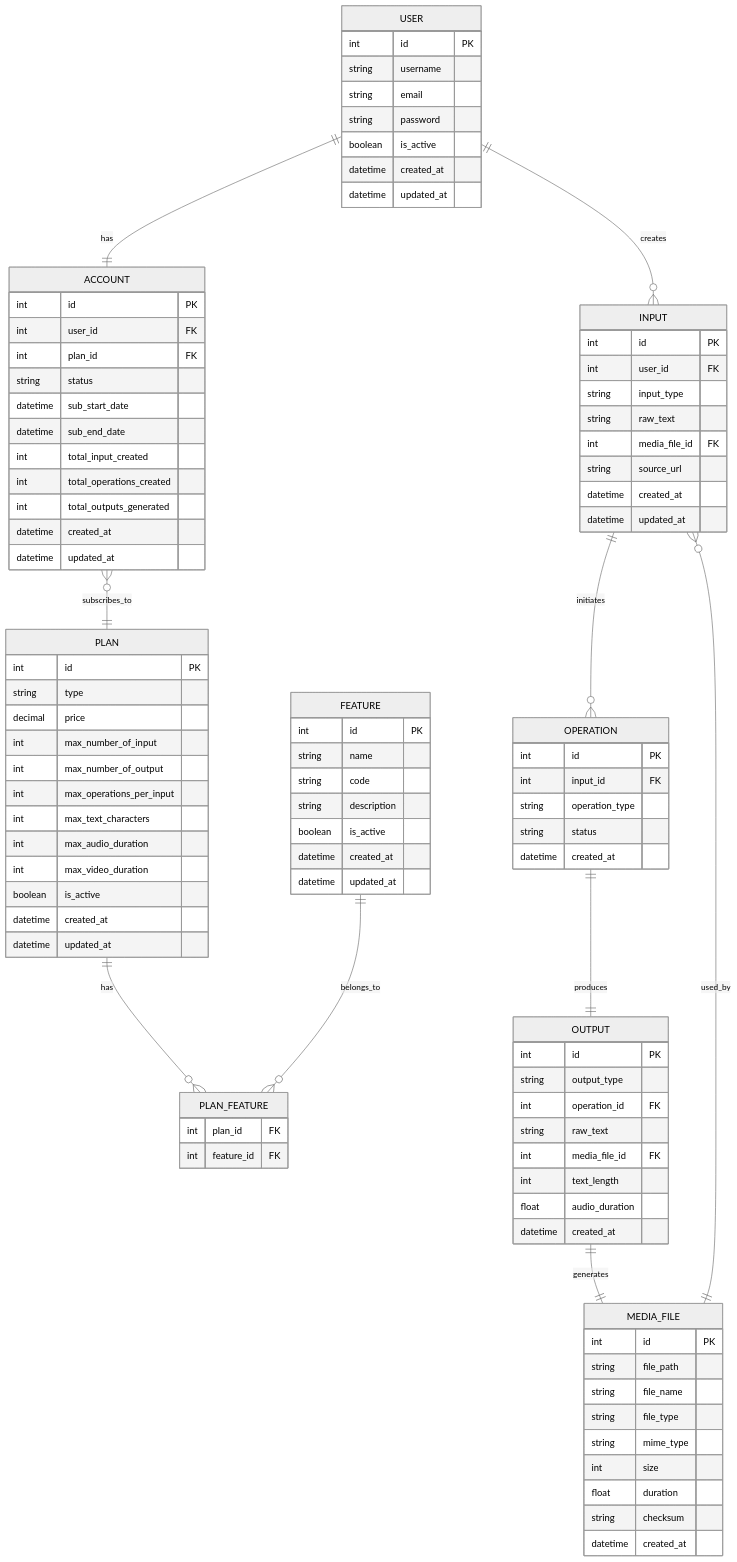
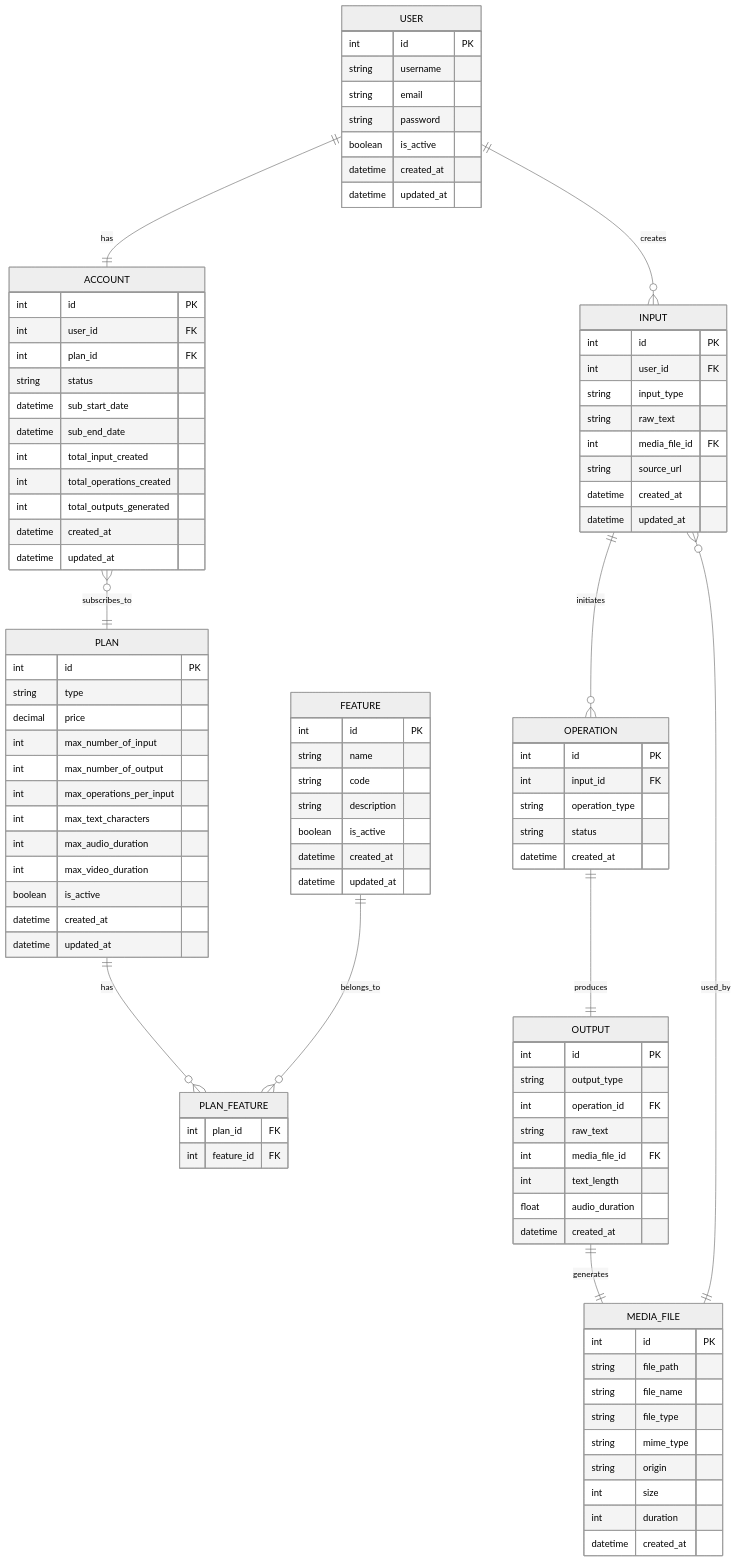
The diagram in ERD.md (NelMatrix743/text-speaker-io), drawn with Mermaid (neutral theme) before and after one commit.

Commit message:
refactor: modify media_file entity in ERD

```diff
--- a/ERD.md
+++ b/ERD.md
@@ -61,9 +61,9 @@
         string file_name
         string file_type
         string mime_type
+        string origin
         int size
-        float duration
-        string checksum
+        int duration
         datetime created_at
     }
 
```
